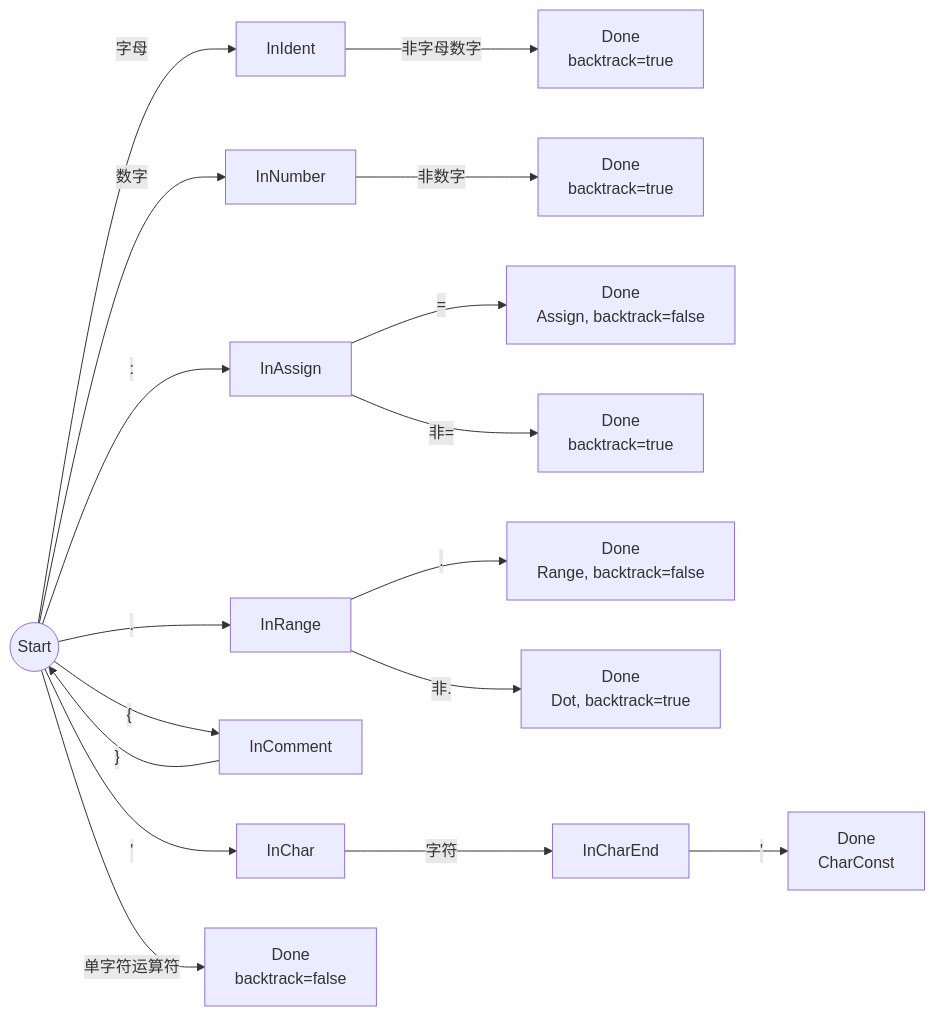
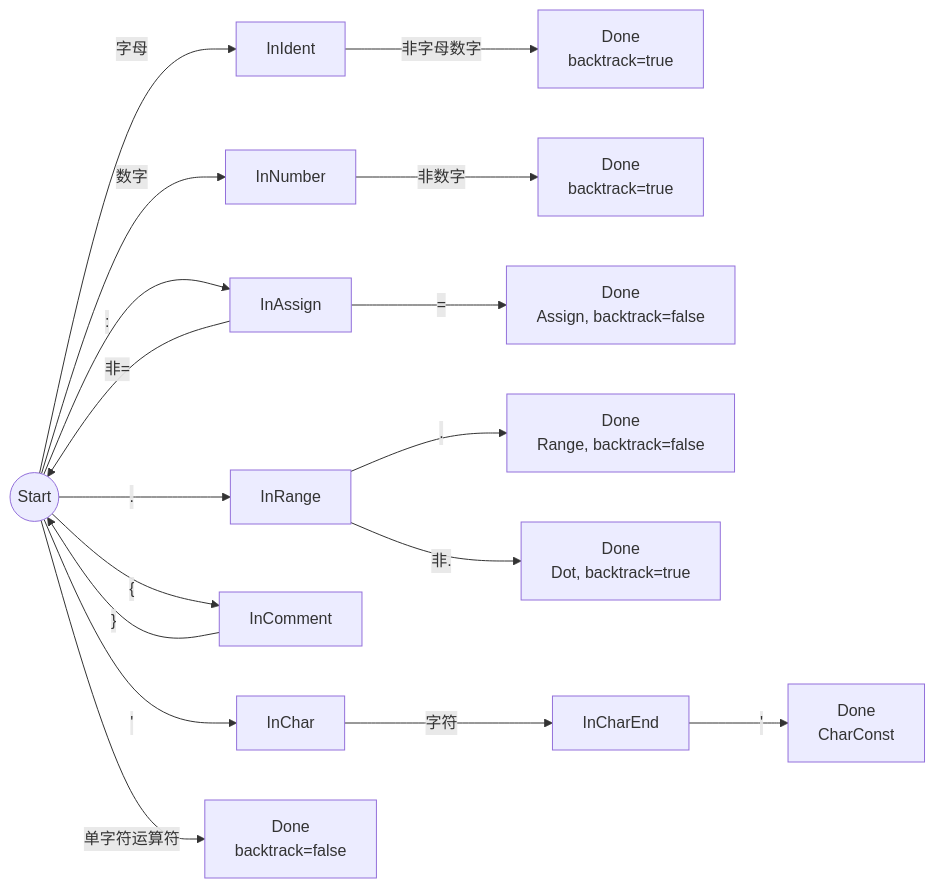
One commit to ExTNT/snl_compiler changed the diagram in explain.md. Above: the diagram before and after it, drawn with Mermaid. The commit also changed other lines of this file and 32 other files, not shown here.

````diff
--- a/explain.md
+++ b/explain.md
@@ -44,15 +46,15 @@
 ```mermaid
 flowchart LR
     S((Start))
     S -- "字母" --> InIdent[InIdent] -- "非字母数字" --> D1[Done<br/>backtrack=true]
     S -- "数字" --> InNumber[InNumber] -- "非数字" --> D2[Done<br/>backtrack=true]
     S -- ":" --> InAssign[InAssign]
     InAssign -- "=" --> D3[Done<br/>Assign, backtrack=false]
-    InAssign -- "非=" --> D4[Done<br/>backtrack=true]
+    InAssign -- "非=" --> S
     S -- "." --> InRange[InRange]
     InRange -- "." --> D5[Done<br/>Range, backtrack=false]
     InRange -- "非." --> D6[Done<br/>Dot, backtrack=true]
     S -- "{" --> InComment[InComment] -- "}" --> S
     S -- "'" --> InChar[InChar] -- "字符" --> InCharEnd[InCharEnd] -- "'" --> D7[Done<br/>CharConst]
     S -- "单字符运算符" --> D8[Done<br/>backtrack=false]
 ```
````
